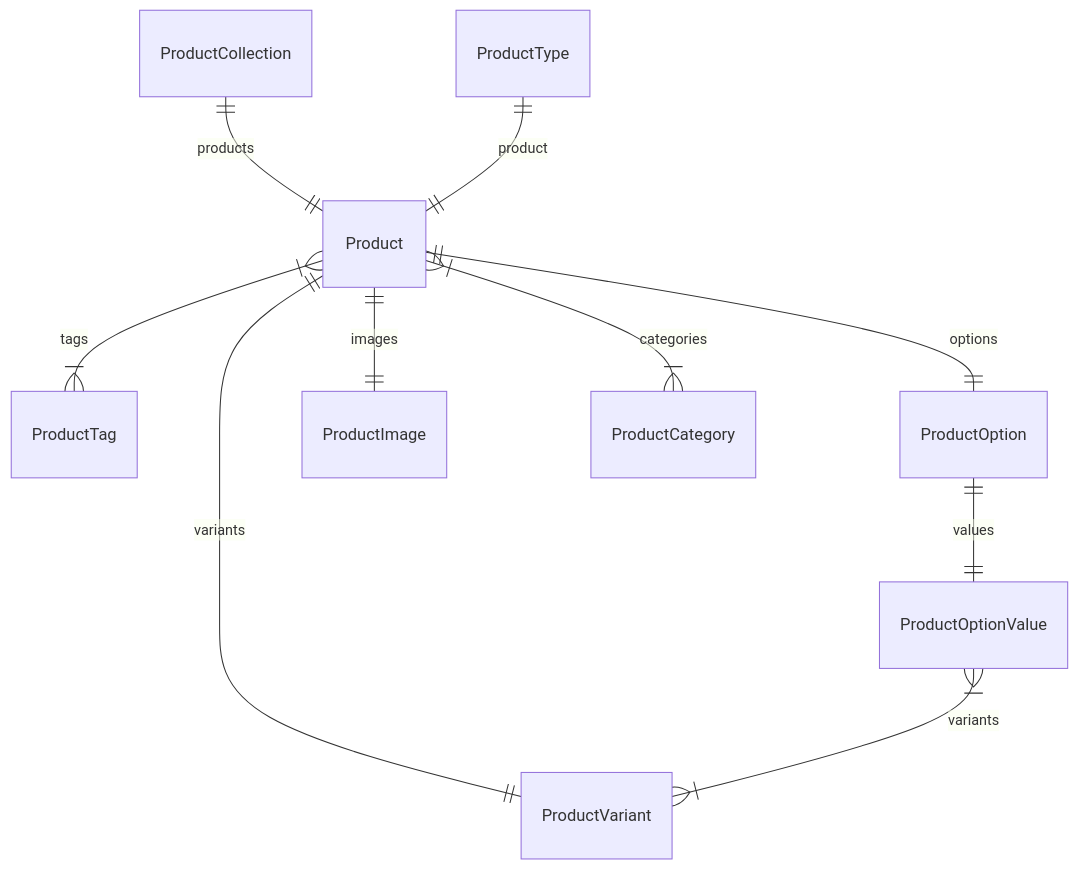
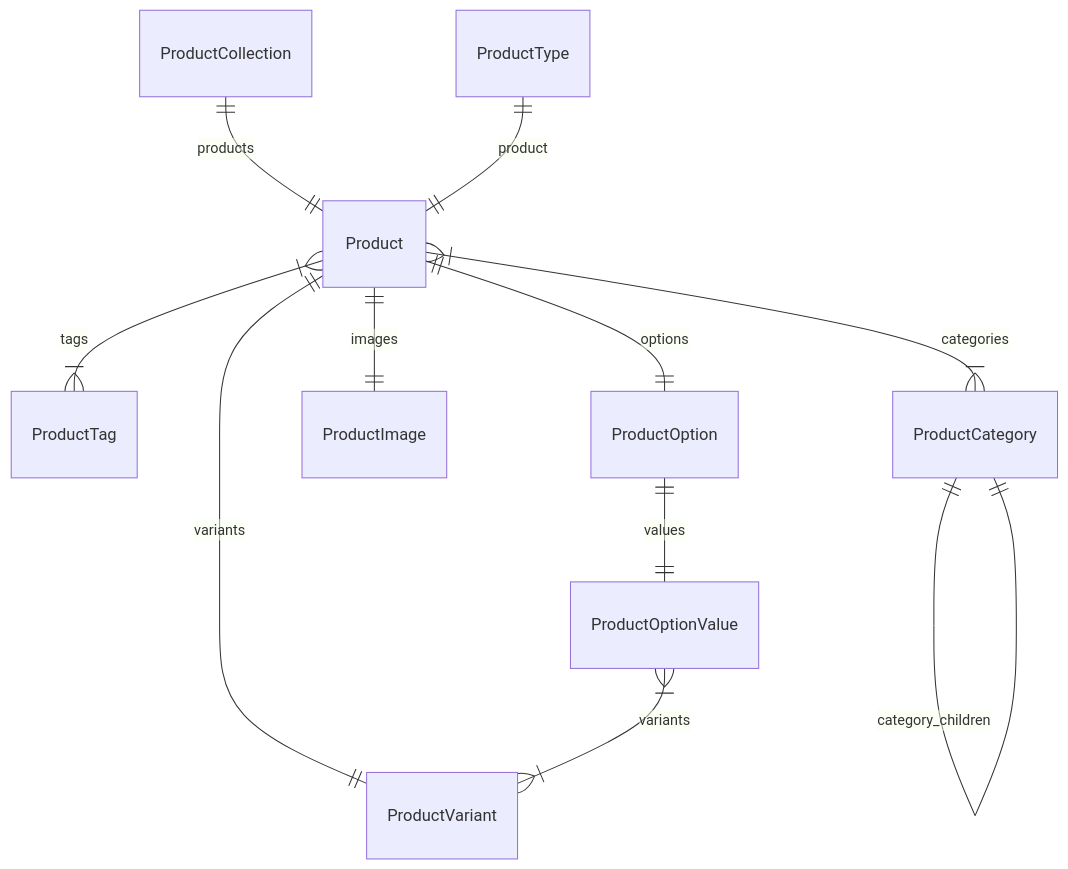
The diagram in www/apps/resources/references/modules/product_models/page.mdx (Astro-Discs-TX/medusa), drawn with Mermaid before and after one commit. The commit also changed 1209 other files, not shown here.

````diff
--- a/www/apps/resources/references/modules/product_models/page.mdx
+++ b/www/apps/resources/references/modules/product_models/page.mdx
@@ -14,13 +14,14 @@
 ```mermaid
 erDiagram
 	Product ||--|| ProductVariant : variants
 	Product }|--|{ ProductTag : tags
 	Product ||--|| ProductOption : options
 	Product ||--|| ProductImage : images
 	Product }|--|{ ProductCategory : categories
+	ProductCategory ||--|| ProductCategory : category_children
 	ProductCollection ||--|| Product : products
 	ProductOption ||--|| ProductOptionValue : values
 	ProductOptionValue }|--|{ ProductVariant : variants
 	ProductType ||--|| Product : product
 
 ```
````
